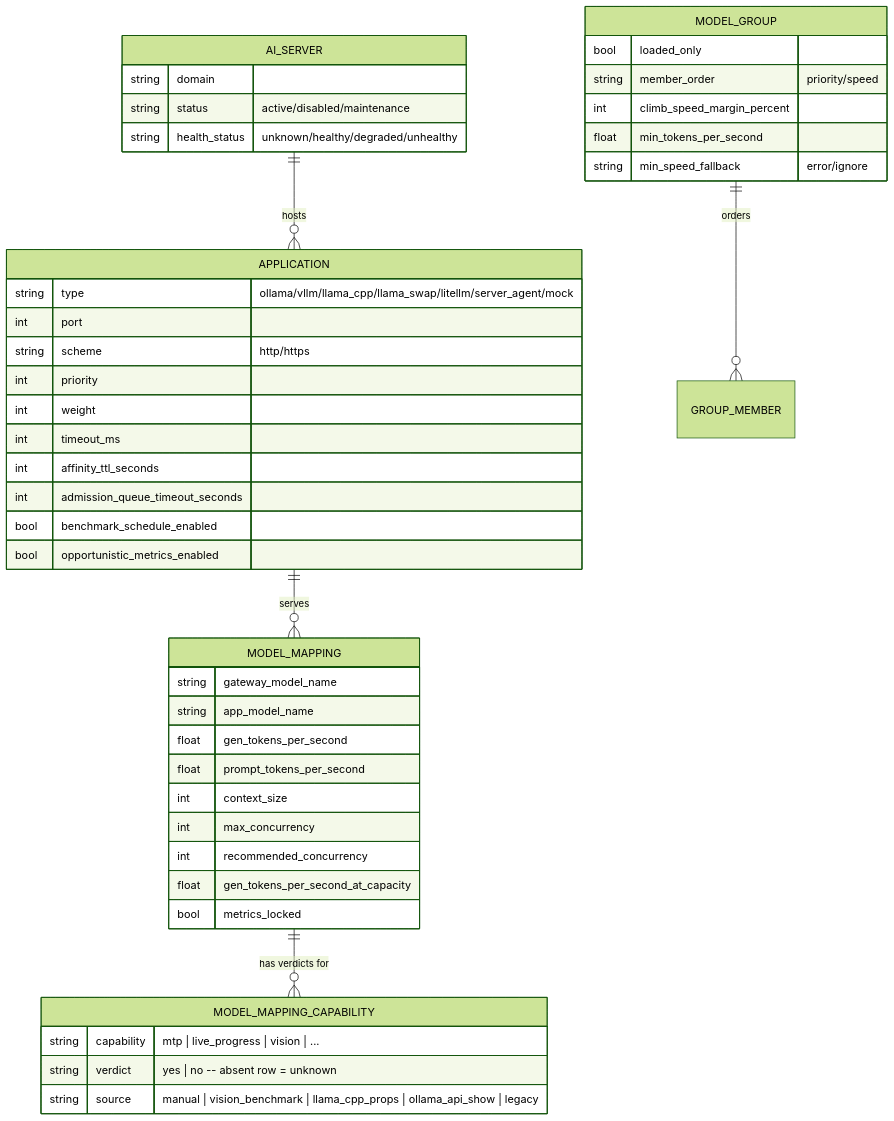
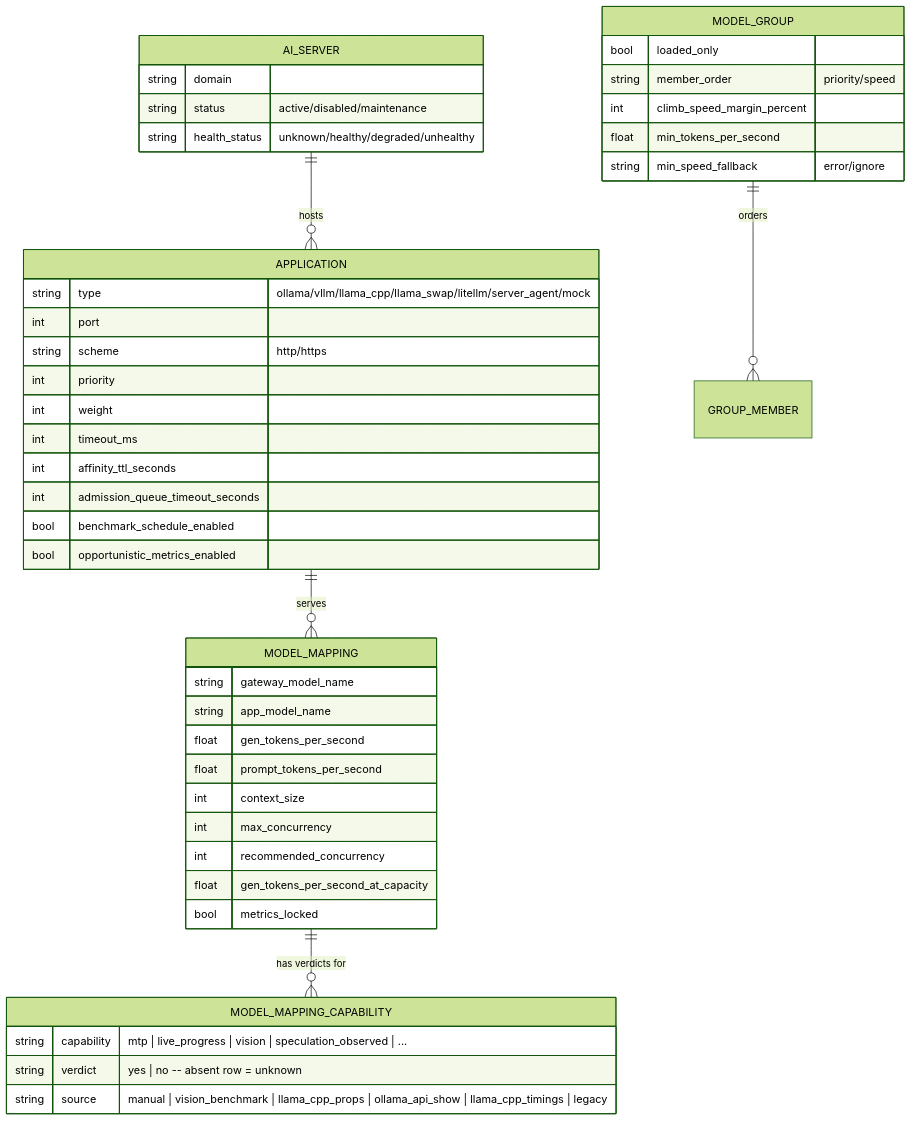
The first of 5 diagrams in docs/architecture/cross-cutting/routing-and-model-selection.md (JLor08/op-ai-gateway), drawn with Mermaid (forest theme) before and after one commit. The commit also changed other lines of this file and 34 other files, not shown here.

First line of the commit message:
feat: Delete the flat MTP scorer bonus, and observe speculation instead (#73)

````diff
--- a/docs/architecture/cross-cutting/routing-and-model-selection.md
+++ b/docs/architecture/cross-cutting/routing-and-model-selection.md
@@ -14,48 +14,48 @@
 ```mermaid
 erDiagram
     AI_SERVER ||--o{ APPLICATION : hosts
     APPLICATION ||--o{ MODEL_MAPPING : serves
     MODEL_MAPPING ||--o{ MODEL_MAPPING_CAPABILITY : "has verdicts for"
     MODEL_GROUP ||--o{ GROUP_MEMBER : orders
 
     AI_SERVER {
         string domain
         string status "active/disabled/maintenance"
         string health_status "unknown/healthy/degraded/unhealthy"
     }
     APPLICATION {
         string type "ollama/vllm/llama_cpp/llama_swap/litellm/server_agent/mock"
         int port
         string scheme "http/https"
         int priority
         int weight
         int timeout_ms
         int affinity_ttl_seconds
         int admission_queue_timeout_seconds
         bool benchmark_schedule_enabled
         bool opportunistic_metrics_enabled
     }
     MODEL_MAPPING {
         string gateway_model_name
         string app_model_name
         float gen_tokens_per_second
         float prompt_tokens_per_second
         int context_size
         int max_concurrency
         int recommended_concurrency
         float gen_tokens_per_second_at_capacity
         bool metrics_locked
     }
     MODEL_MAPPING_CAPABILITY {
-        string capability "mtp | live_progress | vision | ..."
+        string capability "mtp | live_progress | vision | speculation_observed | ..."
         string verdict "yes | no -- absent row = unknown"
-        string source "manual | vision_benchmark | llama_cpp_props | ollama_api_show | legacy"
+        string source "manual | vision_benchmark | llama_cpp_props | ollama_api_show | llama_cpp_timings | legacy"
     }
     MODEL_GROUP {
         bool loaded_only
         string member_order "priority/speed"
         int climb_speed_margin_percent
         float min_tokens_per_second
         string min_speed_fallback "error/ignore"
     }
 ```
````
